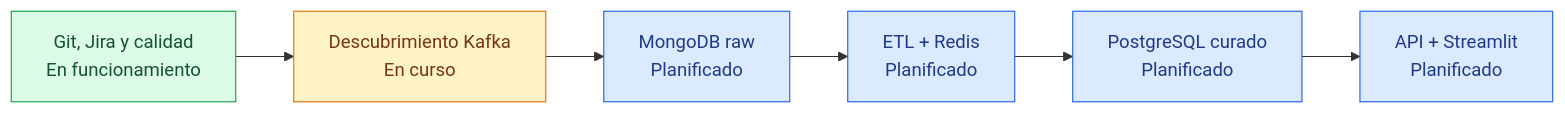
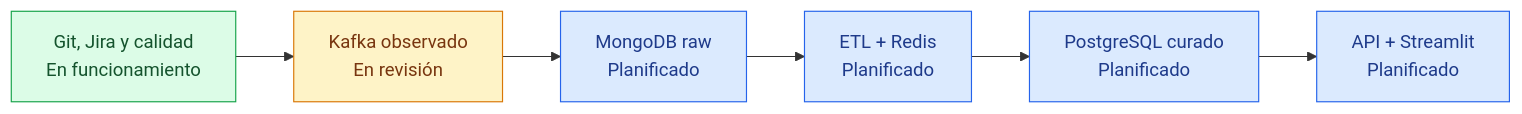
Before and after one commit to Bootcamp-IA-MAD-P7/Proyecto-DataEngineer-Grupo1: the diagram in README.md, drawn with Mermaid. The commit also changed other lines of this file and 2 other files, not shown here.

Commit message:
HRP-26 docs: document authorised Kafka runtime

````diff
--- a/README.md
+++ b/README.md
@@ -30,15 +30,15 @@
 ```mermaid
 flowchart LR
-    A[Git, Jira y calidad\nEn funcionamiento] --> B[Descubrimiento Kafka\nEn curso]
+    A[Git, Jira y calidad\nEn funcionamiento] --> B[Kafka observado\nEn revisión]
     B --> C[MongoDB raw\nPlanificado]
     C --> D[ETL + Redis\nPlanificado]
     D --> E[PostgreSQL curado\nPlanificado]
     E --> F[API + Streamlit\nPlanificado]
 
     classDef done fill:#DCFCE7,stroke:#16A34A,color:#14532D;
     classDef active fill:#FEF3C7,stroke:#D97706,color:#78350F;
     classDef planned fill:#DBEAFE,stroke:#2563EB,color:#1E3A8A;
     class A done;
     class B active;
     class C,D,E,F planned;
 ```
````
